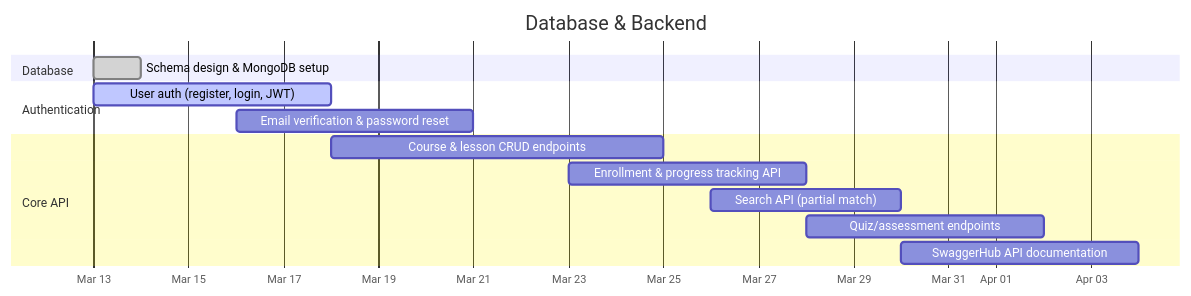
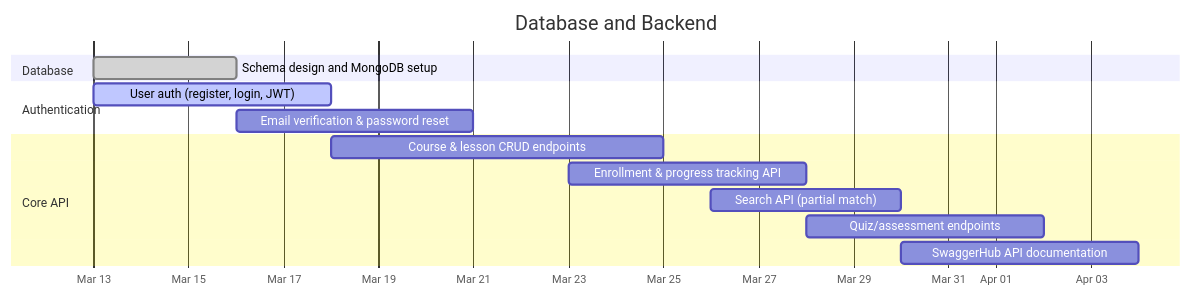
One commit to LuizGomes56/poosd_final_project changed the second of 7 diagrams in GANTT.md. Above: the diagram before and after it, drawn with Mermaid. The commit also changed other lines of this file, not shown here.

````diff
--- a/GANTT.md
+++ b/GANTT.md
@@ -31,20 +31,20 @@
 ```mermaid
 gantt
-    title Database & Backend
+    title Database and Backend
     dateFormat  YYYY-MM-DD
     axisFormat  %b %d
 
     section Database
-    Schema design & MongoDB setup        :done,   db1, 2026-03-13, 2026-03-14
+    Schema design and MongoDB setup      :done,   db1, 2026-03-13, 2026-03-16
 
     section Authentication
     User auth (register, login, JWT)     :active, be1, 2026-03-13, 2026-03-18
     Email verification & password reset  :        be2, 2026-03-16, 2026-03-21
 
     section Core API
     Course & lesson CRUD endpoints       :        be3, 2026-03-18, 2026-03-25
     Enrollment & progress tracking API   :        be4, 2026-03-23, 2026-03-28
     Search API (partial match)           :        be5, 2026-03-26, 2026-03-30
     Quiz/assessment endpoints            :        be6, 2026-03-28, 2026-04-02
     SwaggerHub API documentation         :        be7, 2026-03-30, 2026-04-04
 ```
````
